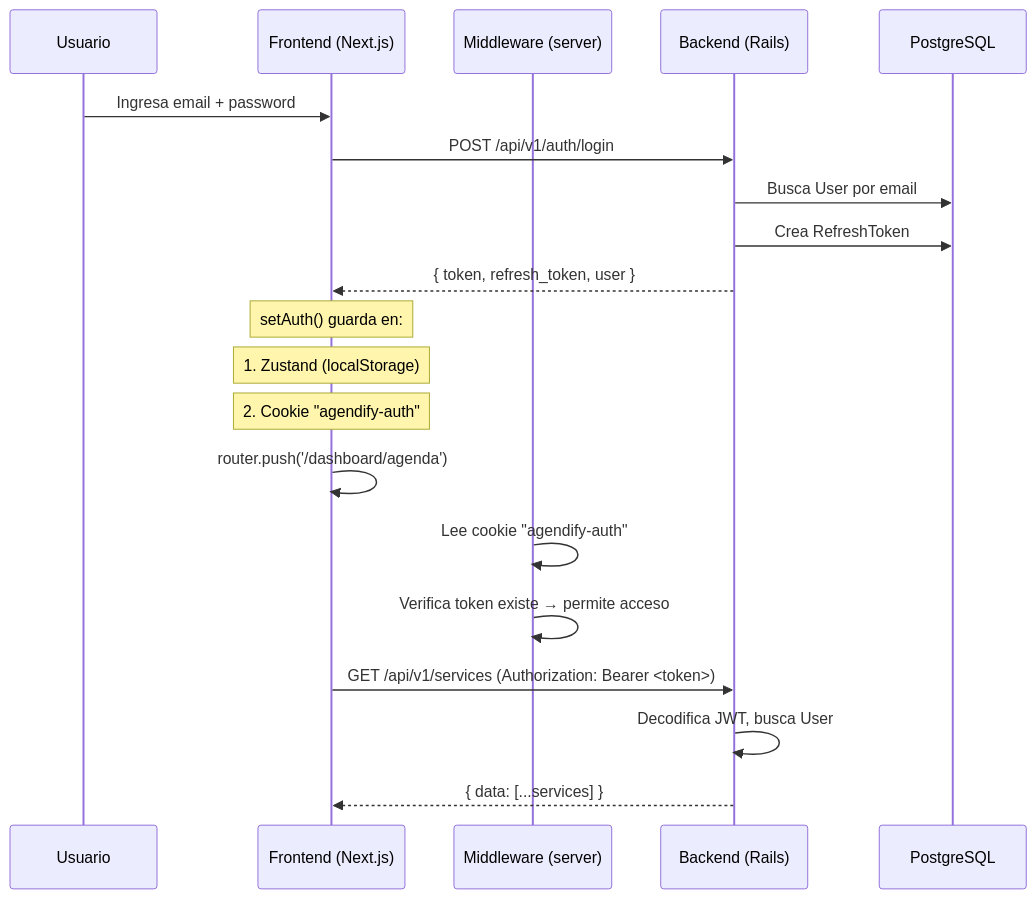
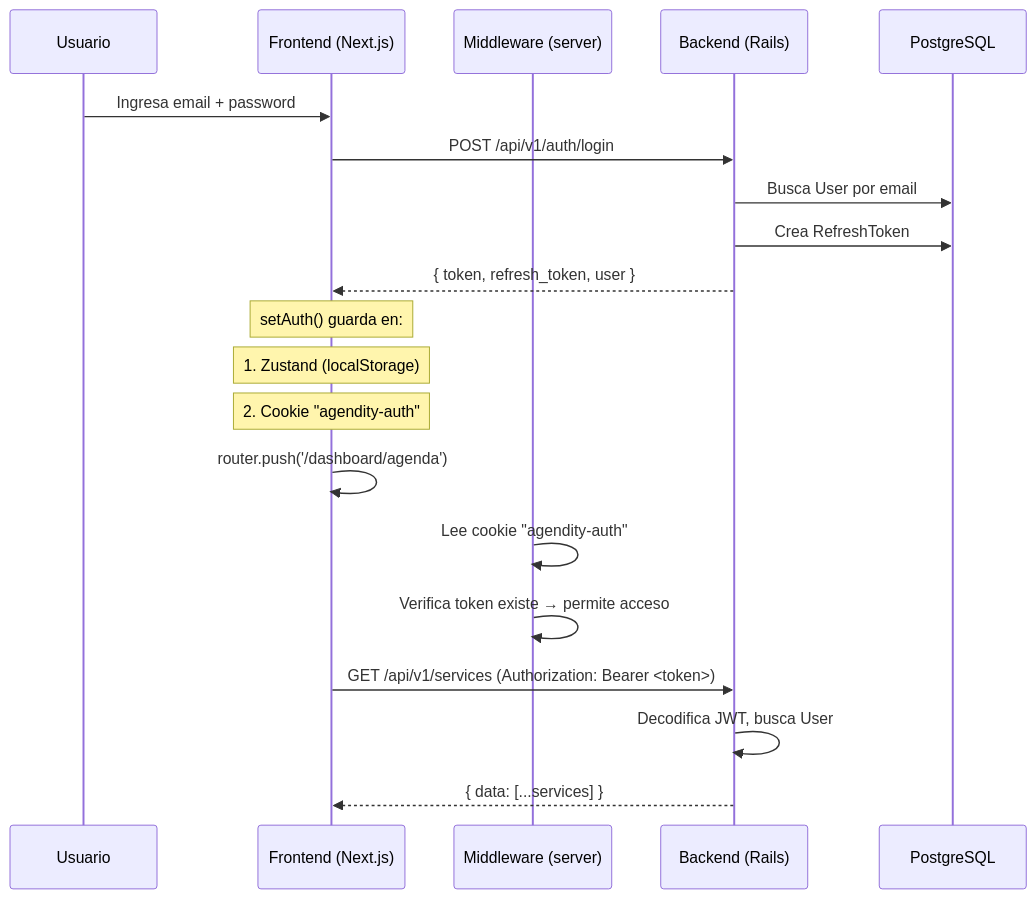
The first of 2 diagrams in docs/tech/autenticacion-jwt.md (aaltamar12/agendify), drawn with Mermaid before and after one commit. The commit also changed other lines of this file and 566 other files, not shown here.

First line of the commit message:
rename: Agendify → Agendity across entire codebase

````diff
--- a/docs/tech/autenticacion-jwt.md
+++ b/docs/tech/autenticacion-jwt.md
@@ -17,26 +17,26 @@
 ```mermaid
 sequenceDiagram
     participant U as Usuario
     participant FE as Frontend (Next.js)
     participant MW as Middleware (server)
     participant API as Backend (Rails)
     participant DB as PostgreSQL
 
     U->>FE: Ingresa email + password
     FE->>API: POST /api/v1/auth/login
     API->>DB: Busca User por email
     API->>DB: Crea RefreshToken
     API-->>FE: { token, refresh_token, user }
 
     Note over FE: setAuth() guarda en:
     Note over FE: 1. Zustand (localStorage)
-    Note over FE: 2. Cookie "agendify-auth"
+    Note over FE: 2. Cookie "agendity-auth"
 
     FE->>FE: router.push('/dashboard/agenda')
-    MW->>MW: Lee cookie "agendify-auth"
+    MW->>MW: Lee cookie "agendity-auth"
     MW->>MW: Verifica token existe → permite acceso
 
     FE->>API: GET /api/v1/services (Authorization: Bearer <token>)
     API->>API: Decodifica JWT, busca User
     API-->>FE: { data: [...services] }
 ```
````
